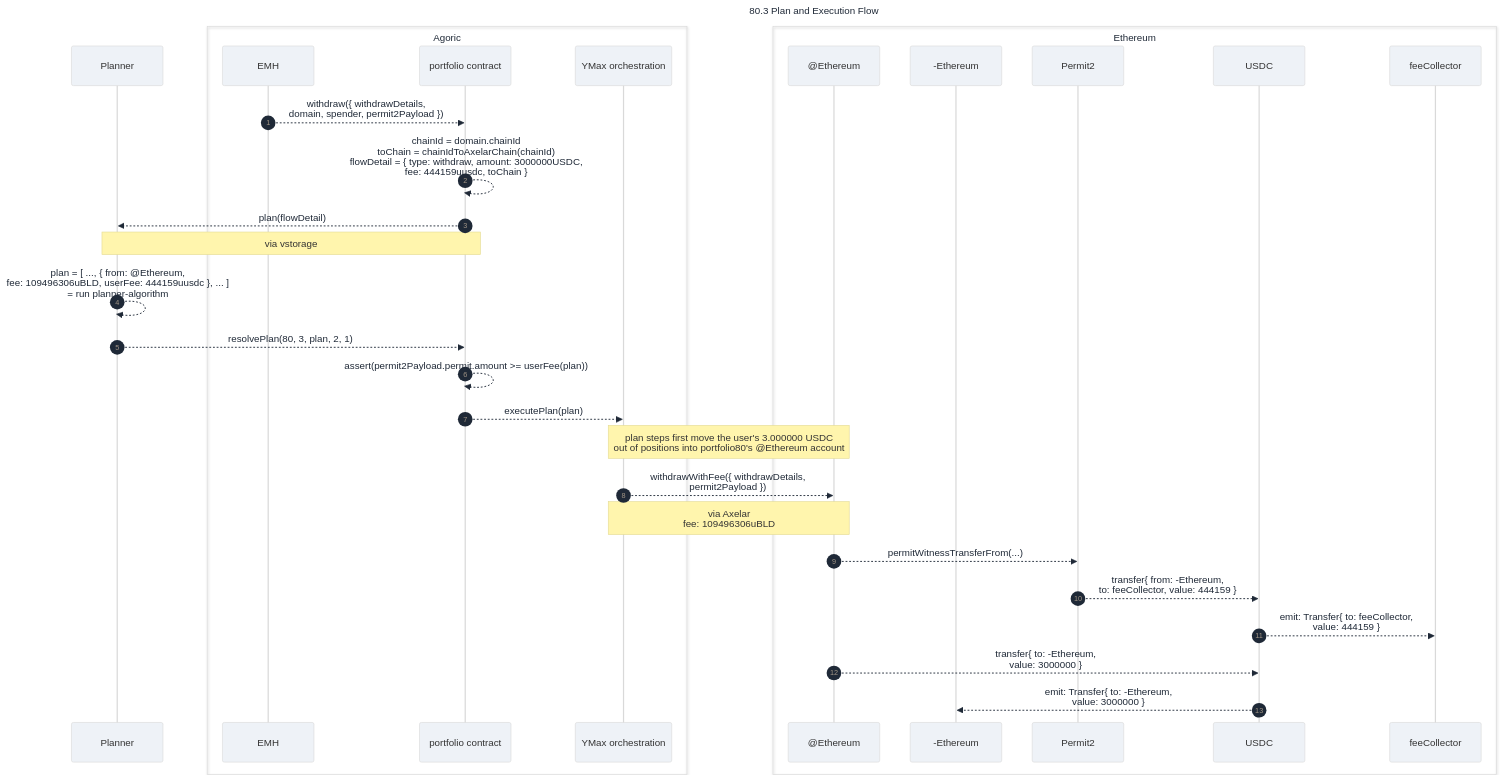
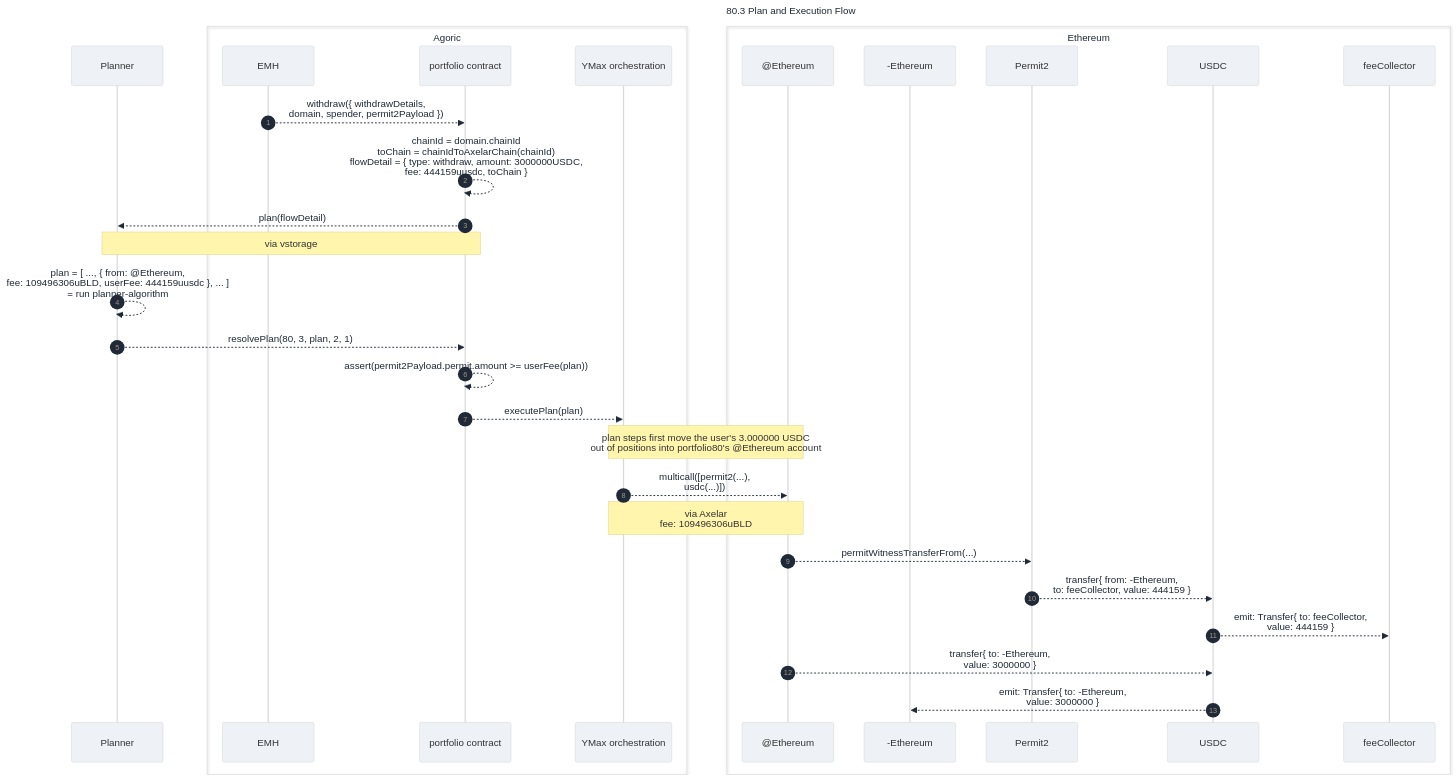
Before and after one commit to Agoric/agoric-sdk: the third of 4 diagrams in packages/portfolio-contract/docs-design/user-fees.md, drawn with Mermaid. The commit also changed other lines of this file and 3 other files, not shown here.

````diff
--- a/packages/portfolio-contract/docs-design/user-fees.md
+++ b/packages/portfolio-contract/docs-design/user-fees.md
@@ -184,37 +184,37 @@
 ```mermaid
 %%{init: {'theme': 'base', 'themeVariables': {'background': '#f3f4f6', 'primaryColor': '#eef2f7', 'secondaryColor': '#e9eef5', 'tertiaryColor': '#f6f8fb', 'lineColor': '#5f6b7a', 'textColor': '#1f2937'}, 'themeCSS': '.sequenceNumber { font-size: 14px !important; font-weight: 600; }'}}%%
 sequenceDiagram
     title 80.3 Plan and Execution Flow
     autonumber
 
     participant ypr as Planner
     box Agoric
     participant emh as EMH
     participant portfolio as portfolio contract
     participant orch as YMax orchestration
     end
     box Ethereum
     participant acctEth as @Ethereum
     participant userEth as -Ethereum
     participant p2 as Permit2
     participant usdc as USDC
     participant feeCollector as feeCollector
     end
 
     emh-->>portfolio: withdraw({ withdrawDetails,<br/>domain, spender, permit2Payload })
     portfolio-->>portfolio: chainId = domain.chainId<br/>toChain = chainIdToAxelarChain(chainId)<br/>flowDetail = { type: withdraw, amount: 3000000USDC,<br/>fee: 444159uusdc, toChain }
     portfolio-->>ypr: plan(flowDetail)
     Note over portfolio,ypr: via vstorage
     ypr-->>ypr: plan = [ ..., { from: @Ethereum,<br/>fee: 109496306uBLD, userFee: 444159uusdc }, ... ]<br/>= run planner-algorithm
     ypr-->>portfolio: resolvePlan(80, 3, plan, 2, 1)
     portfolio-->>portfolio: assert(permit2Payload.permit.amount >= userFee(plan))
     portfolio-->>orch: executePlan(plan)
     Note over orch,acctEth: plan steps first move the user's 3.000000 USDC<br/>out of positions into portfolio80's @Ethereum account
-    orch-->>acctEth: withdrawWithFee({ withdrawDetails,<br/>permit2Payload })
+    orch-->>acctEth: multicall([permit2(...),<br/>usdc(...)])
     Note over orch,acctEth: via Axelar<br/>fee: 109496306uBLD
     acctEth-->>p2: permitWitnessTransferFrom(...)
     p2-->>usdc: transfer{ from: -Ethereum,<br/>to: feeCollector, value: 444159 }
     usdc-->>feeCollector: emit: Transfer{ to: feeCollector,<br/>value: 444159 }
     acctEth-->>usdc: transfer{ to: -Ethereum,<br/>value: 3000000 }
     usdc-->>userEth: emit: Transfer{ to: -Ethereum,<br/>value: 3000000 }
 ```
````
